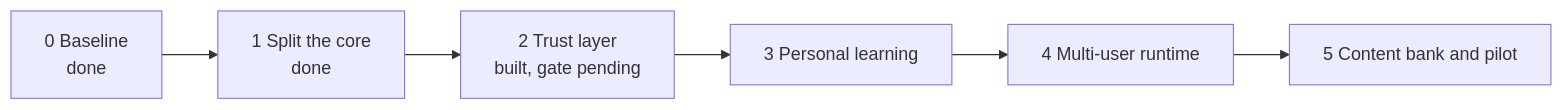
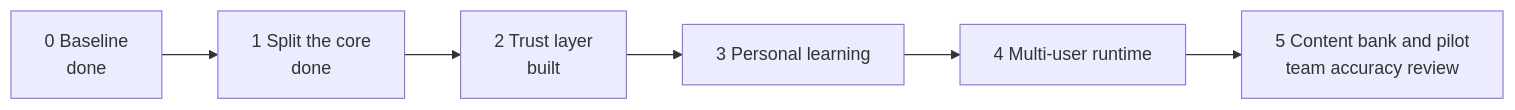
Before and after one commit to SiddharthaKR/teamA: the diagram in docs/handoff/PLAN.md, drawn with Mermaid. The commit also changed other lines of this file and 33 other files, not shown here.

Commit message:
Start Phase 3 personal learning and Azure OpenAI support

````diff
--- a/docs/handoff/PLAN.md
+++ b/docs/handoff/PLAN.md
@@ -17,4 +17,4 @@
 ```mermaid
 flowchart LR
-  P0[0 Baseline<br/>done] --> P1[1 Split the core<br/>done] --> P2[2 Trust layer<br/>built, gate pending] --> P3[3 Personal learning] --> P4[4 Multi-user runtime] --> P5[5 Content bank and pilot]
+  P0[0 Baseline<br/>done] --> P1[1 Split the core<br/>done] --> P2[2 Trust layer<br/>built] --> P3[3 Personal learning] --> P4[4 Multi-user runtime] --> P5[5 Content bank and pilot<br/>team accuracy review]
 ```
````
